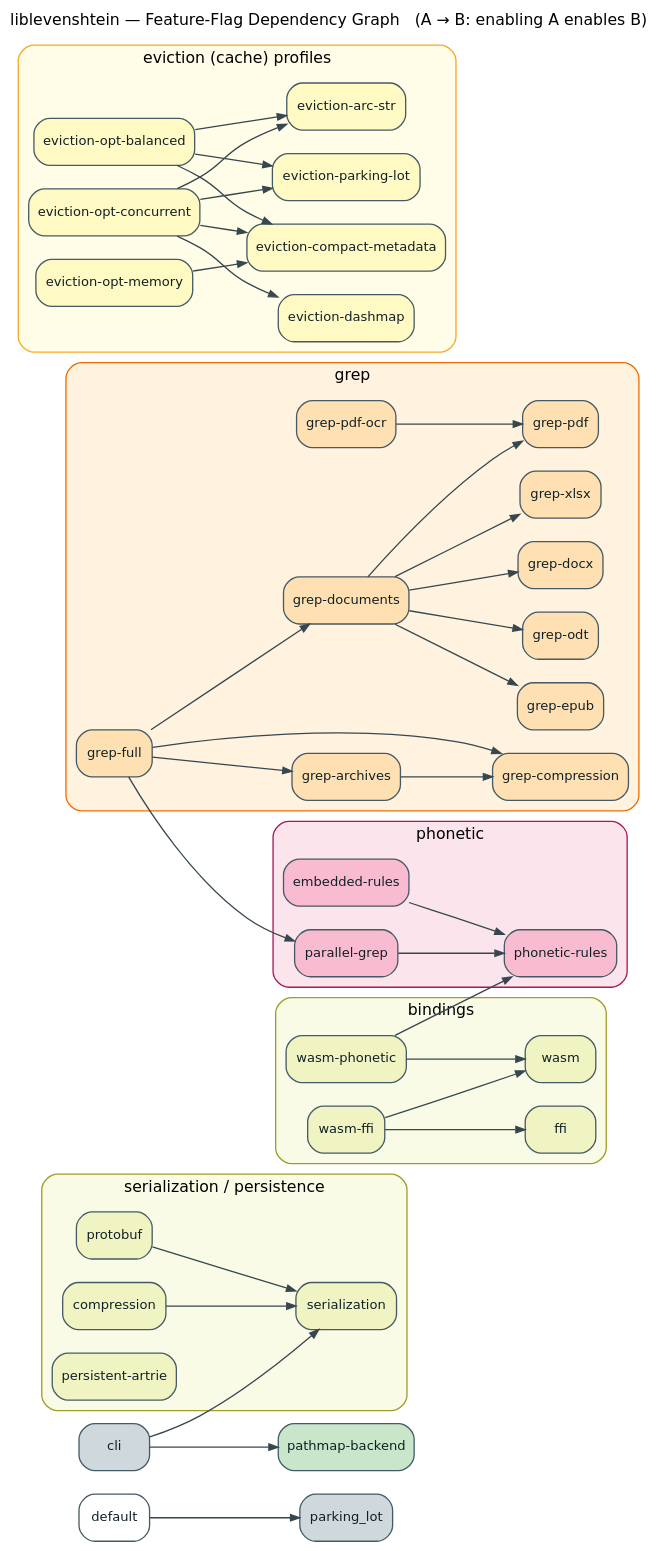
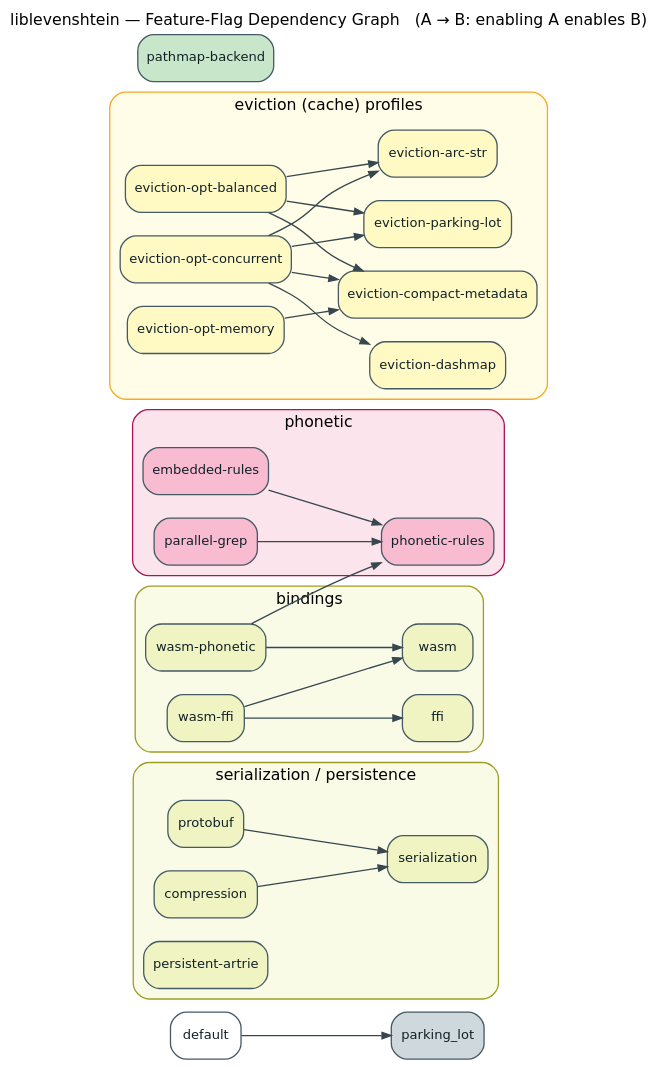
Before and after one commit to vinary-tree/liblevenshtein-rust: the diagram in docs/diagrams/architectures/feature-flag-dag.dot, drawn with Graphviz. The commit also changed 107 other files, not shown here.

```diff
--- a/docs/diagrams/architectures/feature-flag-dag.dot
+++ b/docs/diagrams/architectures/feature-flag-dag.dot
@@ -1,81 +1,60 @@
 // feature-flag-dag.dot — the cargo feature dependency graph.
 // An edge A -> B means "enabling feature A also enables feature B".
 // Only internal feature -> feature edges are shown (external crate deps elided
 // for readability). Clusters group features by subsystem, coloured per the
 // liblevenshtein diagram legend.
 digraph features {
   rankdir=LR;
   graph [bgcolor=transparent, fontname="DejaVu Sans", fontsize=12, labelloc=t,
          label="liblevenshtein — Feature-Flag Dependency Graph   (A → B: enabling A enables B)"];
   node  [shape=box, style="rounded,filled", fontname="DejaVu Sans", fontsize=10,
          color="#455A64", fontcolor="#102027"];
   edge  [color="#37474F", arrowsize=0.7];
 
   "default"     [fillcolor="#FFFFFF"];
   "parking_lot" [fillcolor="#CFD8DC"];
   "default" -> "parking_lot";
 
   subgraph cluster_ser {
     label="serialization / persistence"; style="rounded,filled"; fillcolor="#F9FBE7"; color="#9E9D24"; fontname="DejaVu Sans";
     node [fillcolor="#F0F4C3"];
     "serialization"; "protobuf"; "compression"; "persistent-artrie";
   }
   "protobuf" -> "serialization";
   "compression" -> "serialization";
 
   subgraph cluster_phon {
     label="phonetic"; style="rounded,filled"; fillcolor="#FCE4EC"; color="#AD1457"; fontname="DejaVu Sans";
     node [fillcolor="#F8BBD0"];
     "phonetic-rules"; "embedded-rules"; "parallel-grep";
   }
   "embedded-rules" -> "phonetic-rules";
   "parallel-grep"  -> "phonetic-rules";
 
-  subgraph cluster_grep {
-    label="grep"; style="rounded,filled"; fillcolor="#FFF3E0"; color="#EF6C00"; fontname="DejaVu Sans";
-    node [fillcolor="#FFE0B2"];
-    "grep-compression"; "grep-archives"; "grep-pdf"; "grep-pdf-ocr"; "grep-docx";
-    "grep-xlsx"; "grep-epub"; "grep-odt"; "grep-documents"; "grep-full";
-  }
-  "grep-archives"  -> "grep-compression";
-  "grep-pdf-ocr"   -> "grep-pdf";
-  "grep-documents" -> "grep-pdf";
-  "grep-documents" -> "grep-docx";
-  "grep-documents" -> "grep-xlsx";
-  "grep-documents" -> "grep-epub";
-  "grep-documents" -> "grep-odt";
-  "grep-full" -> "parallel-grep";
-  "grep-full" -> "grep-compression";
-  "grep-full" -> "grep-archives";
-  "grep-full" -> "grep-documents";
-
   subgraph cluster_evict {
     label="eviction (cache) profiles"; style="rounded,filled"; fillcolor="#FFFDE7"; color="#F9A825"; fontname="DejaVu Sans";
     node [fillcolor="#FFF9C4"];
     "eviction-opt-balanced"; "eviction-opt-concurrent"; "eviction-opt-memory";
     "eviction-parking-lot"; "eviction-dashmap"; "eviction-arc-str"; "eviction-compact-metadata";
   }
   "eviction-opt-balanced"   -> "eviction-parking-lot";
   "eviction-opt-balanced"   -> "eviction-arc-str";
   "eviction-opt-balanced"   -> "eviction-compact-metadata";
   "eviction-opt-concurrent" -> "eviction-dashmap";
   "eviction-opt-concurrent" -> "eviction-parking-lot";
   "eviction-opt-concurrent" -> "eviction-arc-str";
   "eviction-opt-concurrent" -> "eviction-compact-metadata";
   "eviction-opt-memory"     -> "eviction-compact-metadata";
 
   subgraph cluster_bind {
     label="bindings"; style="rounded,filled"; fillcolor="#F9FBE7"; color="#9E9D24"; fontname="DejaVu Sans";
     node [fillcolor="#F0F4C3"];
     "wasm"; "wasm-phonetic"; "ffi"; "wasm-ffi";
   }
   "wasm-phonetic" -> "wasm";
   "wasm-phonetic" -> "phonetic-rules";
   "wasm-ffi" -> "wasm";
   "wasm-ffi" -> "ffi";
 
-  "cli" [fillcolor="#CFD8DC"];
-  "cli" -> "pathmap-backend";
-  "cli" -> "serialization";
   "pathmap-backend" [fillcolor="#C8E6C9"];
 }
```
